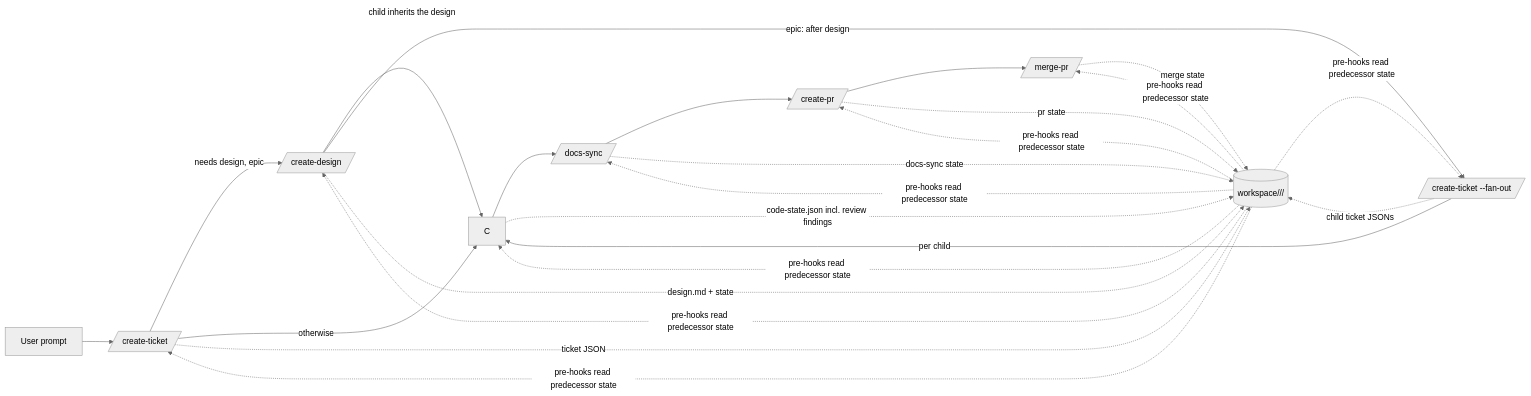
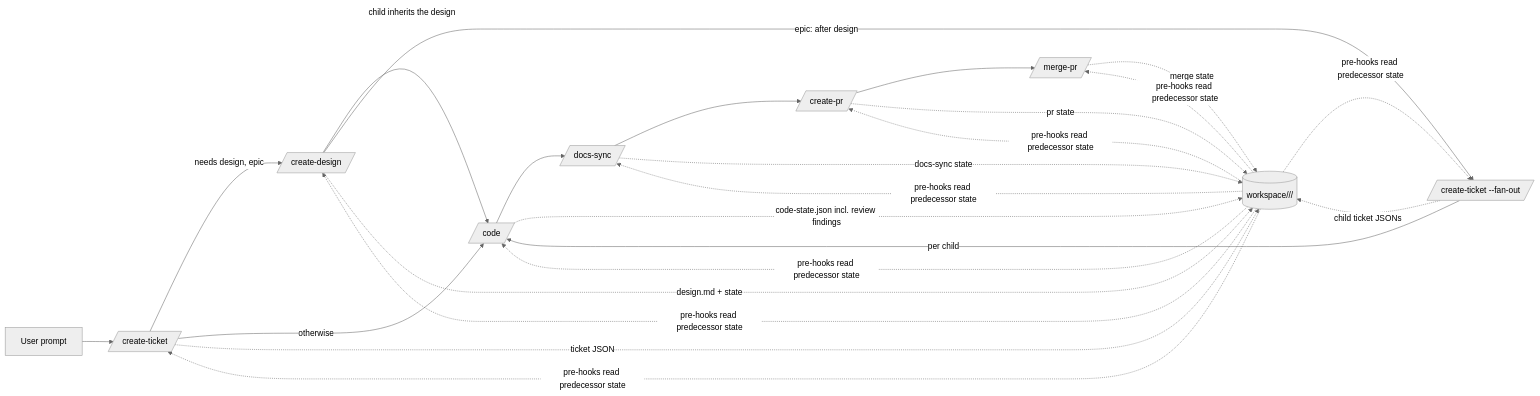
Before and after one commit to globalmindsolution/gms-marketplace: the diagram in docs/requirements/functional/workflow.md, drawn with Mermaid (neutral theme).

Commit message:
MAR-78 restore lost /code node label in workflow.md flowchart
Iteration-2 docs-sync verify caught that the previous commit's edge
relabel deleted node C's [/code/] label along with it -- every
reference to C rendered as a bare box while every sibling node kept
its skill name. Restores the label on the "otherwise" edge, keeping
the "child inherits the design" relabel intact.

````diff
--- a/docs/requirements/functional/workflow.md
+++ b/docs/requirements/functional/workflow.md
@@ -25,21 +25,21 @@
 ```mermaid
 flowchart LR
     U[User prompt] --> T[/create-ticket/]
     T -->|needs design, epic| D[/create-design/]
     D -->|child inherits the design| C
-    T -->|otherwise| C
+    T -->|otherwise| C[/code/]
     D -->|epic: after design| FO[/create-ticket --fan-out/]
     FO -->|per child| C
     C --> DS[/docs-sync/]
     DS --> P[/create-pr/]
     P --> M[/merge-pr/]
 
     T -. "ticket JSON" .-> W[(workspace/<repo>/<ticket-id>/)]
     D -. "design.md + state" .-> W
     FO -. "child ticket JSONs" .-> W
     C -. "code-state.json incl. review findings" .-> W
     DS -. "docs-sync state" .-> W
     P -. "pr state" .-> W
     M -. "merge state" .-> W
     W -. "pre-hooks read predecessor state" .-> T & D & FO & C & DS & P & M
 ```
````
